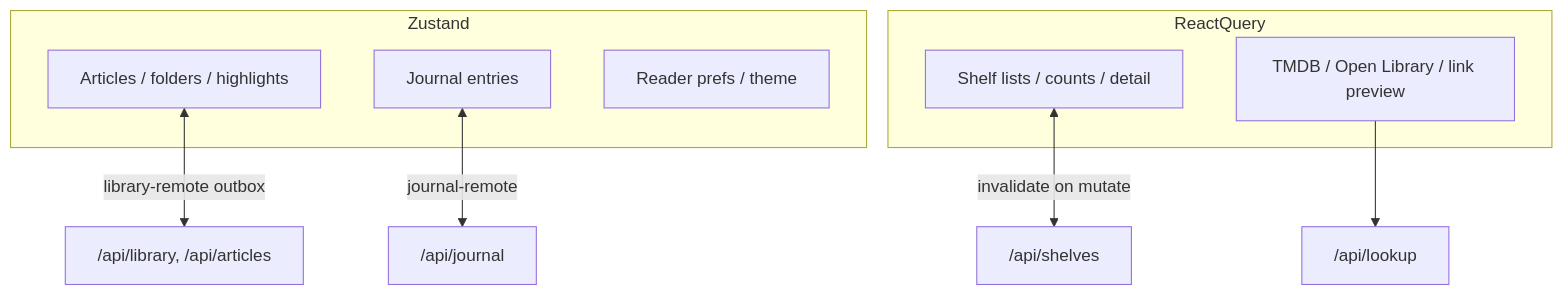
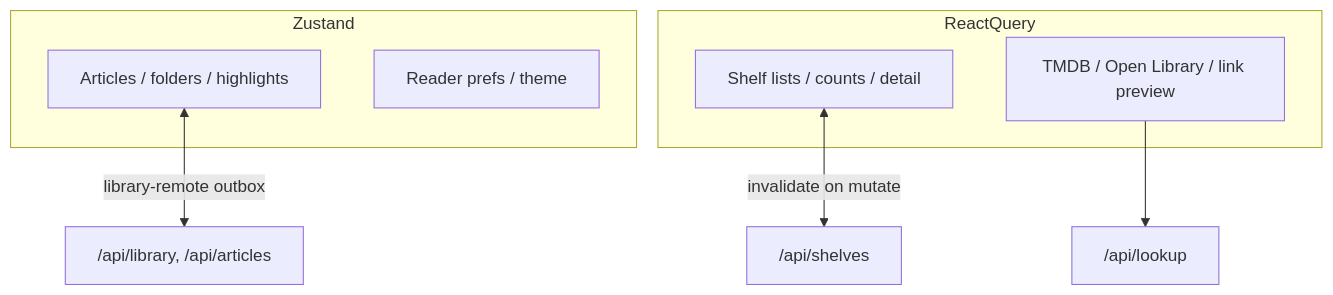
Before and after one commit to SahilFruitwala/kami: the fourth of 9 diagrams in docs/ARCHITECTURE.md, drawn with Mermaid. The commit also changed other lines of this file and 62 other files, not shown here.

````diff
--- a/docs/ARCHITECTURE.md
+++ b/docs/ARCHITECTURE.md
@@ -159,18 +159,16 @@
 ```mermaid
 flowchart TB
   subgraph Zustand
     Lib[Articles / folders / highlights]
-    Jrn[Journal entries]
     Prefs[Reader prefs / theme]
   end
 
   subgraph ReactQuery
     Shelf[Shelf lists / counts / detail]
     Lookup[TMDB / Open Library / link preview]
   end
 
   Lib <-->|library-remote outbox| SF1["/api/library, /api/articles"]
-  Jrn <-->|journal-remote| SF2["/api/journal"]
   Shelf <-->|invalidate on mutate| SF3["/api/shelves"]
   Lookup --> SF4["/api/lookup"]
 ```
````
